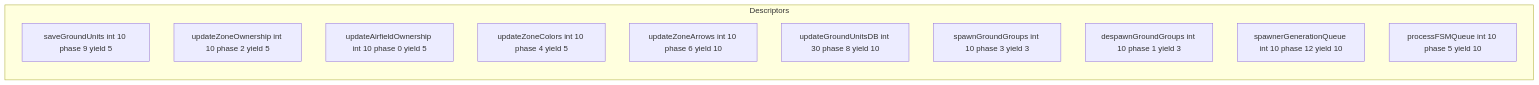
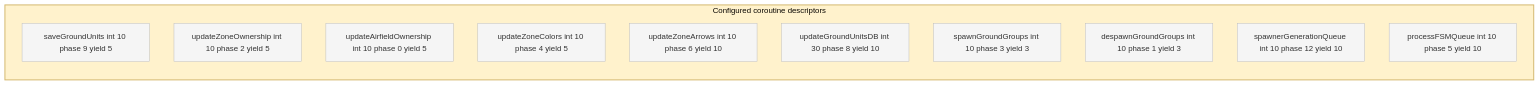
One commit to Gh0st352/AETHR changed the third of 3 diagrams in docs/brain/coroutines.md. Above: the diagram before and after it, drawn with Mermaid. The commit also changed other lines of this file and 5 other files, not shown here.

First line of the commit message:
docs(diagrams): convert mermaid identifiers and improve styling

````diff
--- a/docs/brain/coroutines.md
+++ b/docs/brain/coroutines.md
@@ -59,15 +71,20 @@
 ```mermaid
+%%{init: {"theme":"base"}}%%
 flowchart LR
-  subgraph Descriptors
+  subgraph Descriptors [Configured coroutine descriptors]
+    style Descriptors fill:#fff2cc,stroke:#d4b86f,stroke-width:2px
     D1[saveGroundUnits int 10 phase 9 yield 5]
     D2[updateZoneOwnership int 10 phase 2 yield 5]
     D3[updateAirfieldOwnership int 10 phase 0 yield 5]
     D4[updateZoneColors int 10 phase 4 yield 5]
     D5[updateZoneArrows int 10 phase 6 yield 10]
     D6[updateGroundUnitsDB int 30 phase 8 yield 10]
     D7[spawnGroundGroups int 10 phase 3 yield 3]
     D8[despawnGroundGroups int 10 phase 1 yield 3]
     D9[spawnerGenerationQueue int 10 phase 12 yield 10]
     D10[processFSMQueue int 10 phase 5 yield 10]
   end
+
+  classDef desc fill:#f5f5f5,stroke:#bfbfbf
+  class D1,D2,D3,D4,D5,D6,D7,D8,D9,D10 desc
 ```
````
